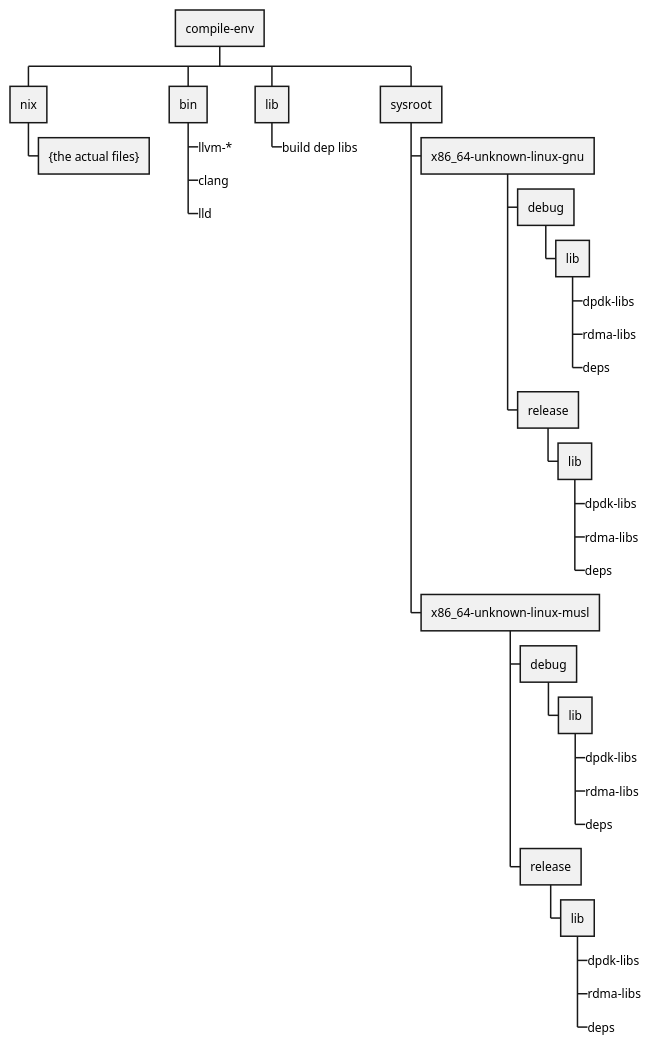
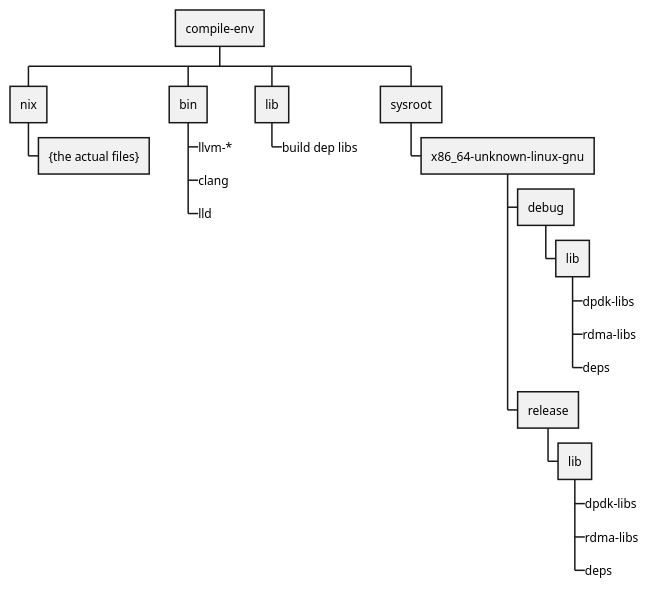
One commit to githedgehog/dataplane changed the diagram in design-docs/src/mdbook/src/build/compile-env.md. Above: the diagram before and after it, drawn with PlantUML. The commit also changed 7 other files, not shown here.

````diff
--- a/design-docs/src/mdbook/src/build/compile-env.md
+++ b/design-docs/src/mdbook/src/build/compile-env.md
@@ -33,37 +33,26 @@
 ```puml
 @startwbs
 !pragma toez true
 * compile-env
 ** "nix" as nix
 *** {the actual files}
 ** bin
 ***_ llvm-*
 ***_ clang
 ***_ lld
 ** lib
 ***_ build dep libs
 ** sysroot
 *** x86_64-unknown-linux-gnu
 **** debug
 ***** lib
 ******_ dpdk-libs
 ******_ rdma-libs
 ******_ deps
 **** release
 ***** lib
 ******_ dpdk-libs
 ******_ rdma-libs
 ******_ deps
-*** x86_64-unknown-linux-musl
-**** debug
-***** lib
-******_ dpdk-libs
-******_ rdma-libs
-******_ deps
-**** release
-***** lib
-******_ dpdk-libs
-******_ rdma-libs
-******_ deps
 @endwbs
 ```
````
